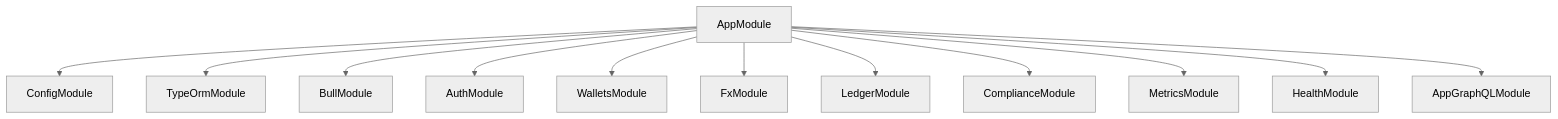
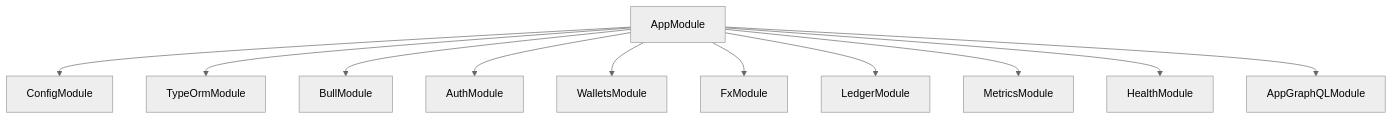
The first of 3 diagrams in docs/architecture.md (Nexacore-Org/NexaFx-js), drawn with Mermaid (neutral theme) before and after one commit. The commit also changed other lines of this file and 11 other files, not shown here.

First line of the commit message:
fix: resolve dangling AppModule imports and broadcast live rate updates

````diff
--- a/docs/architecture.md
+++ b/docs/architecture.md
@@ -12,14 +33,13 @@
 ```mermaid
 flowchart TD
   AppModule["AppModule"] --> ConfigModule["ConfigModule"]
   AppModule --> TypeOrmModule["TypeOrmModule"]
   AppModule --> BullModule["BullModule"]
   AppModule --> AuthModule["AuthModule"]
   AppModule --> WalletsModule["WalletsModule"]
   AppModule --> FxModule["FxModule"]
   AppModule --> LedgerModule["LedgerModule"]
-  AppModule --> ComplianceModule["ComplianceModule"]
   AppModule --> MetricsModule["MetricsModule"]
   AppModule --> HealthModule["HealthModule"]
   AppModule --> AppGraphQLModule["AppGraphQLModule"]
 ```
````
